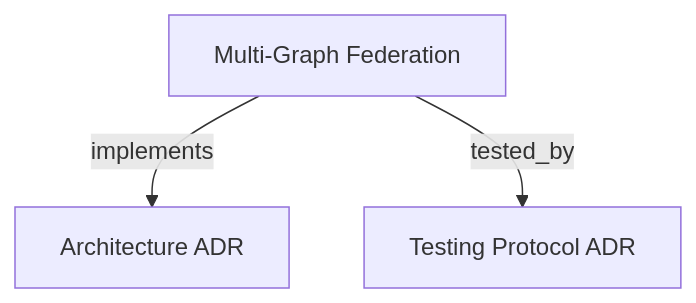
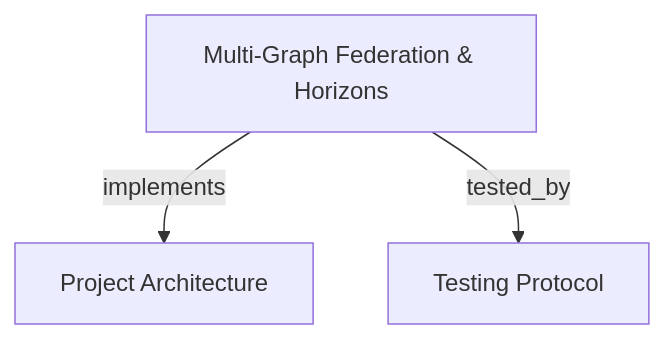
One commit to correriadev/codebase-memory-multigraph-mcp changed the diagram in docs/feature/multi_graph_federation.md. Above: the diagram before and after it, drawn with Mermaid. The commit also changed other lines of this file and 7 other files, not shown here.

````diff
--- a/docs/feature/multi_graph_federation.md
+++ b/docs/feature/multi_graph_federation.md
@@ -146,7 +144,7 @@
 ```mermaid
 graph TD
-    THIS["Multi-Graph Federation"] -->|implements| ARCH["Architecture ADR"]
-    THIS -->|tested_by| TESTS["Testing Protocol ADR"]
+    THIS["Multi-Graph Federation & Horizons"] -->|implements| ARCH["Project Architecture"]
+    THIS -->|tested_by| TESTS["Testing Protocol"]
     click ARCH "../adr/ARCHITECTURE.md"
     click TESTS "../adr/TESTS.md"
 ```
````
